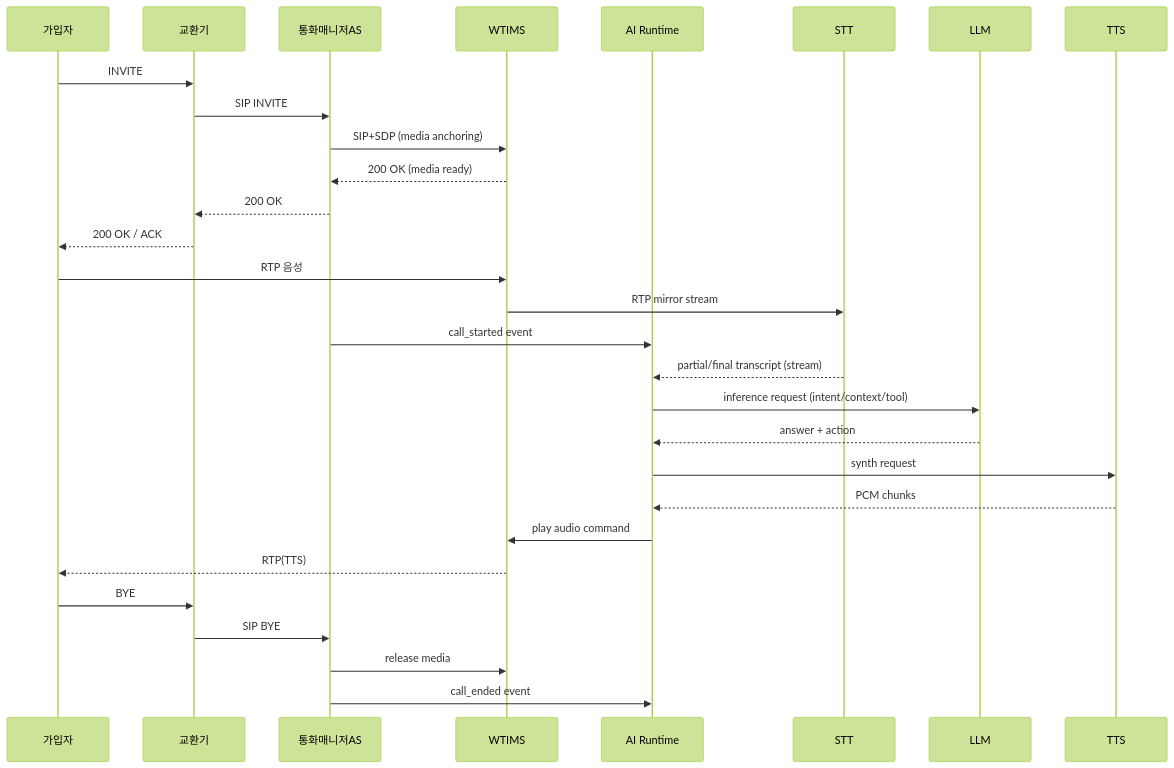
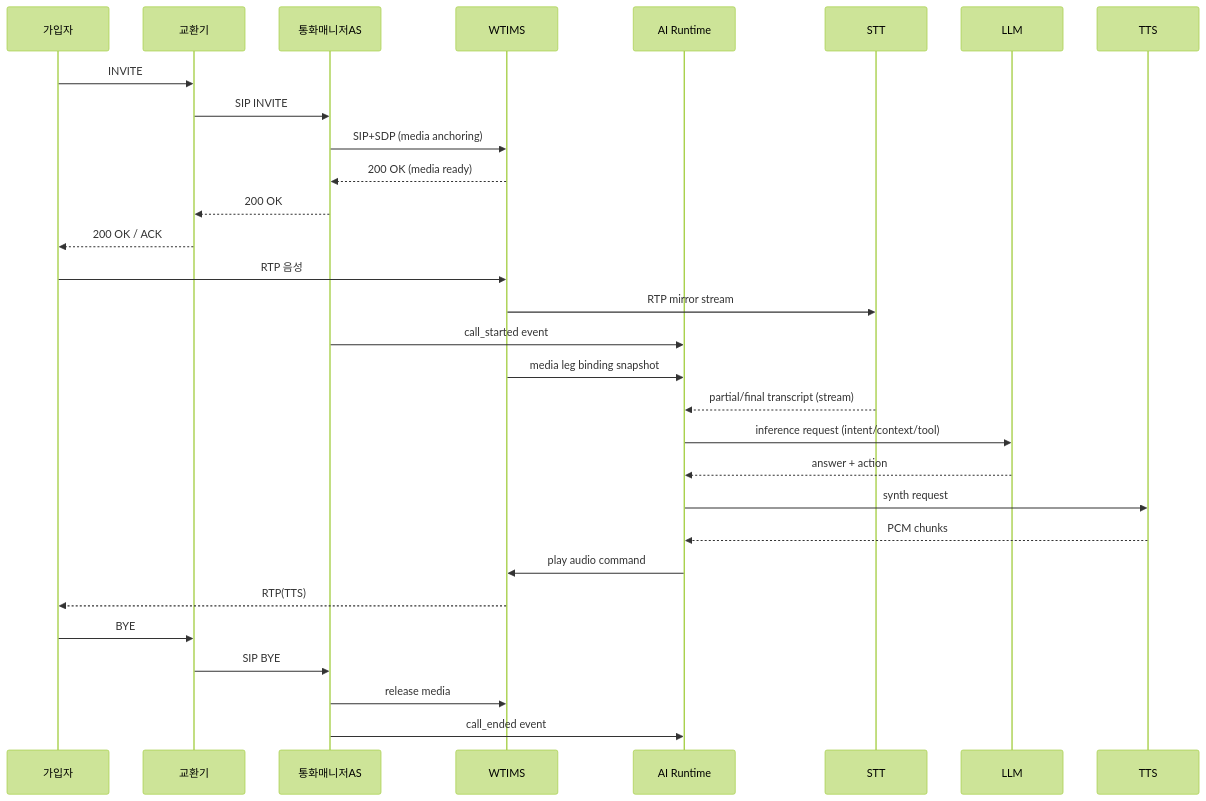
One commit to hak023/agentic_ai_callbot changed the third of 4 diagrams in docs/architecture/production-deployment-architecture.md. Above: the diagram before and after it, drawn with Mermaid (forest theme). The commit also changed other lines of this file, not shown here.

Commit message:
docs(architecture): 런타임 경계 초안, WTIMS-AI Runtime 미디어 시그널, Object Storage 역할 정리

````diff
--- a/docs/architecture/production-deployment-architecture.md
+++ b/docs/architecture/production-deployment-architecture.md
@@ -146,34 +205,35 @@
 ```mermaid
 sequenceDiagram
     participant U as 가입자
     participant EX as 교환기
     participant CM as 통화매니저AS
     participant WT as WTIMS
     participant AIR as AI Runtime
     participant STT as STT
     participant LLM as LLM
     participant TTS as TTS
 
     U->>EX: INVITE
     EX->>CM: SIP INVITE
     CM->>WT: SIP+SDP (media anchoring)
     WT-->>CM: 200 OK (media ready)
     CM-->>EX: 200 OK
     EX-->>U: 200 OK / ACK
 
     U->>WT: RTP 음성
     WT->>STT: RTP mirror stream
     CM->>AIR: call_started event
+    WT->>AIR: media leg binding snapshot
     STT-->>AIR: partial/final transcript (stream)
     AIR->>LLM: inference request (intent/context/tool)
     LLM-->>AIR: answer + action
     AIR->>TTS: synth request
     TTS-->>AIR: PCM chunks
     AIR->>WT: play audio command
     WT-->>U: RTP(TTS)
 
     U->>EX: BYE
     EX->>CM: SIP BYE
     CM->>WT: release media
     CM->>AIR: call_ended event
 ```
````
